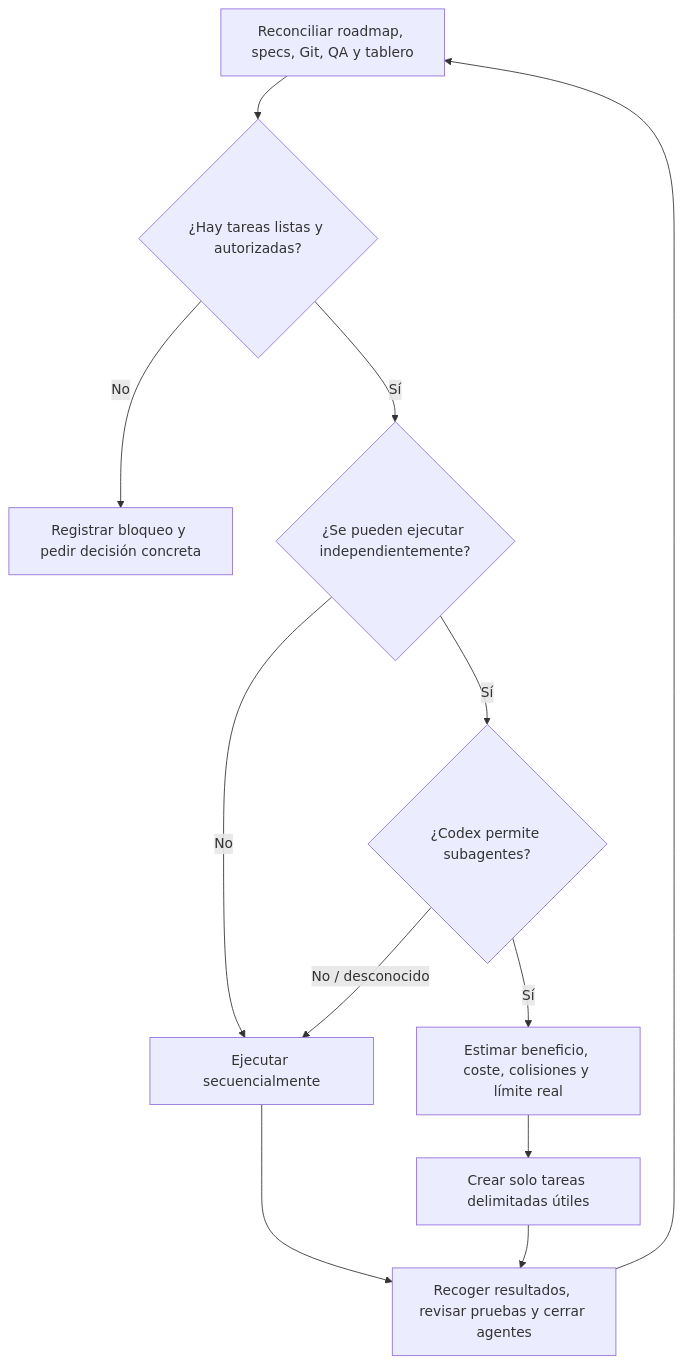
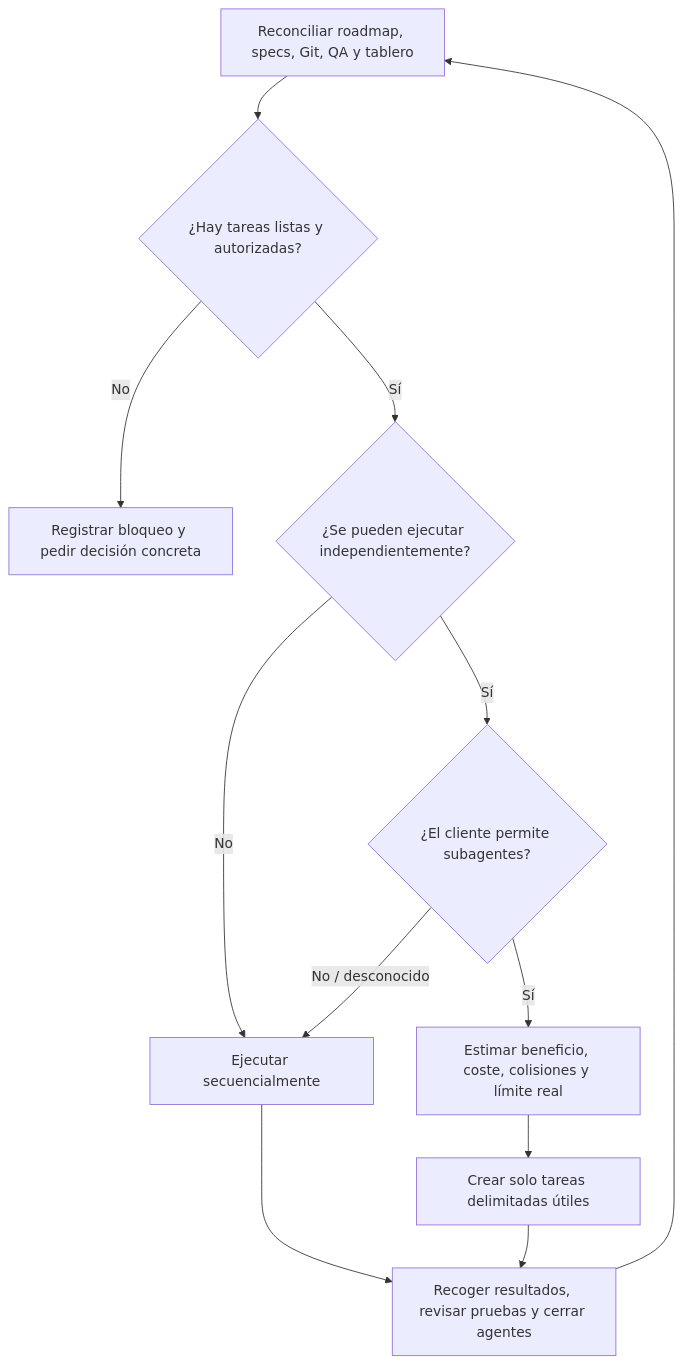
Before and after one commit to jmartinlabs/myfinanzas-app: the second of 8 diagrams in docs/GUIA_VISUAL_ORQUESTACION.md, drawn with Mermaid. The commit also changed other lines of this file and 17 other files, not shown here.

````diff
--- a/docs/GUIA_VISUAL_ORQUESTACION.md
+++ b/docs/GUIA_VISUAL_ORQUESTACION.md
@@ -37,14 +37,14 @@
 ```mermaid
 flowchart TD
     A["Reconciliar roadmap, specs, Git, QA y tablero"] --> B{"¿Hay tareas listas y autorizadas?"}
     B -->|No| Z["Registrar bloqueo y pedir decisión concreta"]
     B -->|Sí| C{"¿Se pueden ejecutar independientemente?"}
     C -->|No| S["Ejecutar secuencialmente"]
-    C -->|Sí| D{"¿Codex permite subagentes?"}
+    C -->|Sí| D{"¿El cliente permite subagentes?"}
     D -->|No / desconocido| S
     D -->|Sí| E["Estimar beneficio, coste, colisiones y límite real"]
     E --> F["Crear solo tareas delimitadas útiles"]
     F --> G["Recoger resultados, revisar pruebas y cerrar agentes"]
     S --> G
     G --> A
 ```
````
